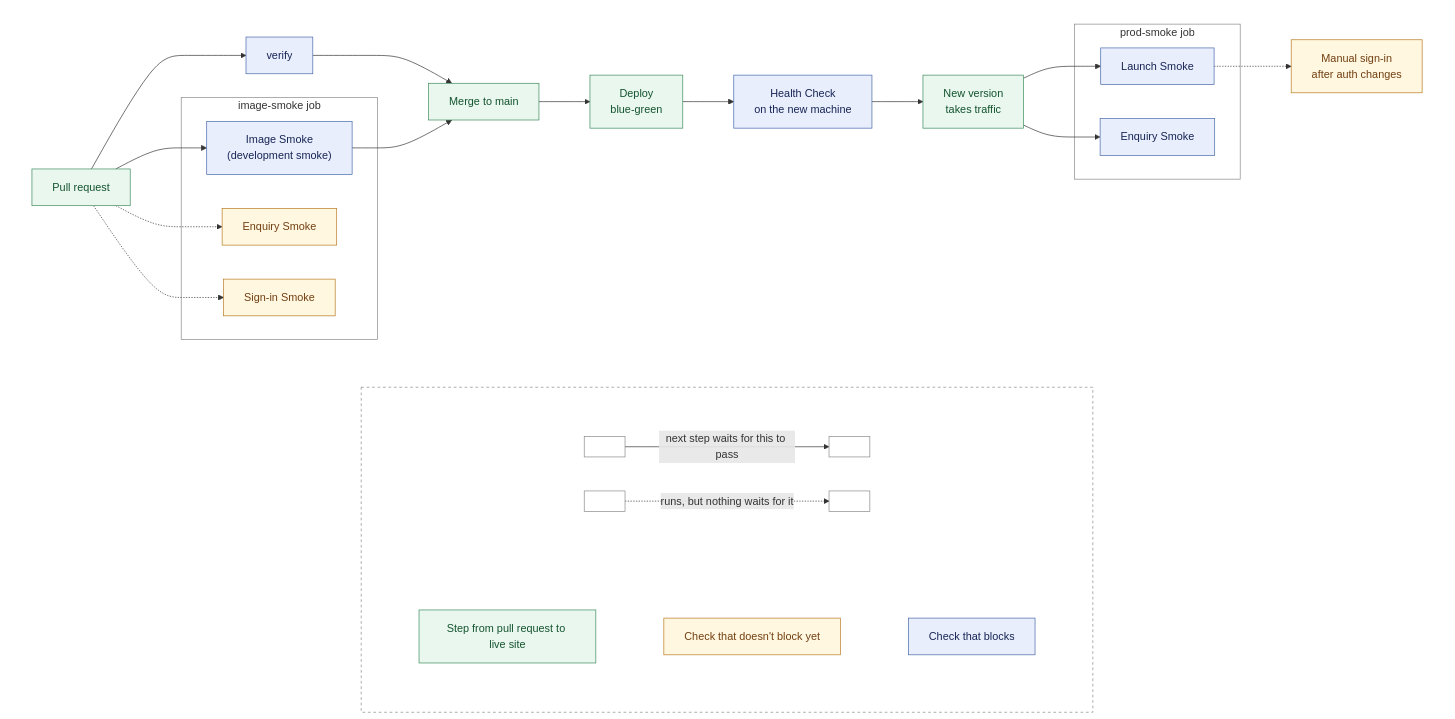
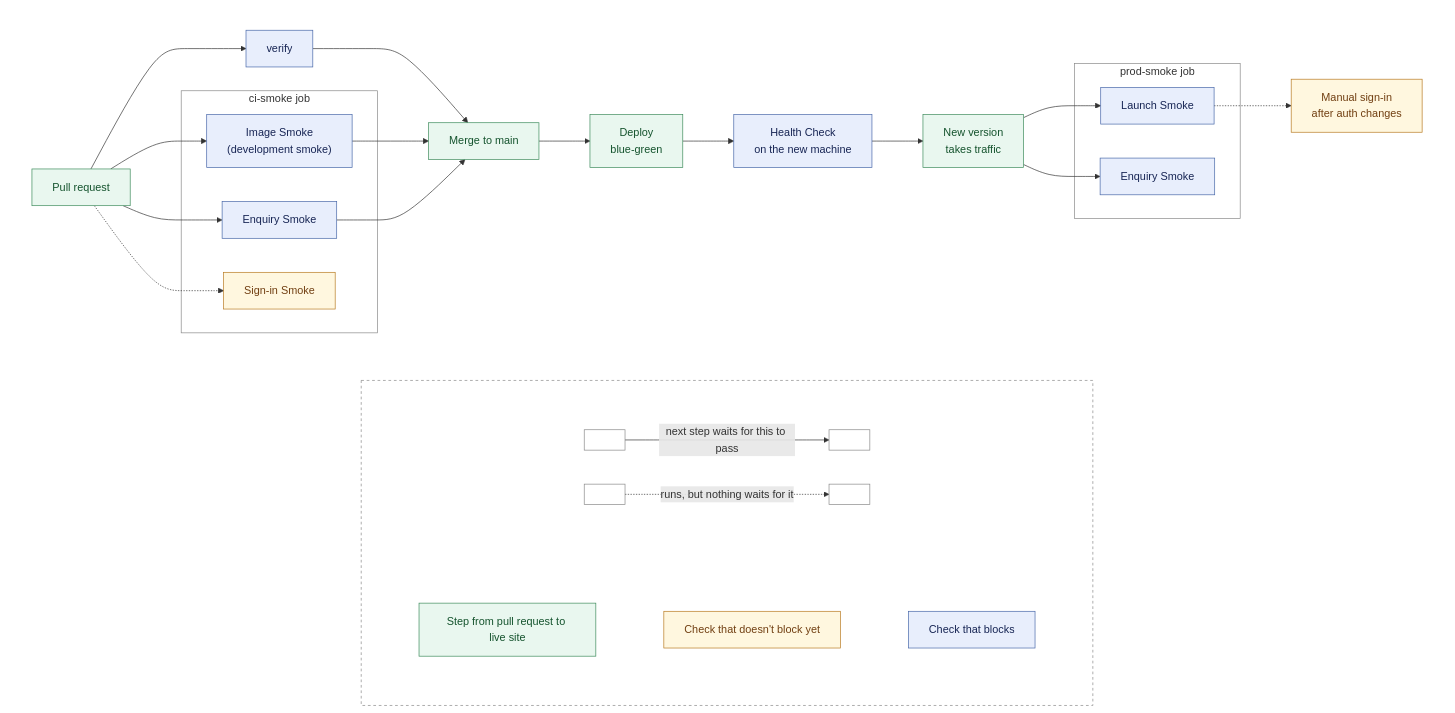
Before and after one commit to sumau/welltutored: the diagram in docs/pipeline.md, drawn with Mermaid. The commit also changed other lines of this file and 5 other files, not shown here.

First line of the commit message:
Rename the Image Smoke job to ci-smoke and make the Enquiry Smoke block

````diff
--- a/docs/pipeline.md
+++ b/docs/pipeline.md
@@ -11,66 +11,67 @@
 ```mermaid
 flowchart TB
   %% From pull request to live site.
   subgraph pipeline[" "]
     direction LR
     pr["Pull request"] --> verify["verify"]
-    subgraph imageJob["image-smoke job"]
+    subgraph imageJob["ci-smoke job"]
       image["Image Smoke<br/>(development smoke)"]
       enquiry["Enquiry Smoke"]
       signIn["Sign-in Smoke"]
     end
     pr --> image
-    pr -.-> enquiry
+    pr --> enquiry
     pr -.-> signIn
     verify --> merge["Merge to main"]
     image --> merge
+    enquiry --> merge
     merge --> deploy["Deploy<br/>blue-green"]
     deploy --> health["Health Check<br/>on the new machine"]
     health --> live["New version<br/>takes traffic"]
     subgraph prodJob["prod-smoke job"]
       launch["Launch Smoke"]
       prodEnquiry["Enquiry Smoke"]
     end
     live --> launch
     live --> prodEnquiry
     launch -.-> manual["Manual sign-in<br/>after auth changes"]
   end
 
   %% The legend. Links written ~~~ are invisible and only position things.
   subgraph legend[" "]
     direction TB
     subgraph legendArrows[" "]
       direction LR
       keyA[" "] -->|"next step waits for this to pass"| keyB[" "]
       keyC[" "] -.->|"runs, but nothing waits for it"| keyD[" "]
     end
 
     subgraph legendBoxes[" "]
       direction LR
       keyEvent["Step from pull request to live site"]
       keySoft["Check that doesn't block yet"]
       keyGate["Check that blocks"]
       keyEvent ~~~ keySoft ~~~ keyGate
     end
 
     legendArrows ~~~ legendBoxes
   end
 
   pipeline ~~~ legend
 
   classDef gate fill:#e8eefc,stroke:#4666a8,color:#172554
   classDef soft fill:#fff7df,stroke:#b7791f,color:#713f12
   classDef event fill:#e9f7ef,stroke:#3b8a5a,color:#14532d
   classDef blank fill:none,stroke:#888,color:#888
-  class verify,image,health,launch,prodEnquiry,keyGate gate
-  class enquiry,signIn,manual,keySoft soft
+  class verify,image,enquiry,health,launch,prodEnquiry,keyGate gate
+  class signIn,manual,keySoft soft
   class pr,merge,deploy,live,keyEvent event
   class keyA,keyB,keyC,keyD blank
 
   style pipeline fill:none,stroke:none
   style imageJob fill:none,stroke:#888
   style prodJob fill:none,stroke:#888
   style legend fill:none,stroke:#888,stroke-dasharray:4
   style legendArrows fill:none,stroke:none
   style legendBoxes fill:none,stroke:none
 ```
````
